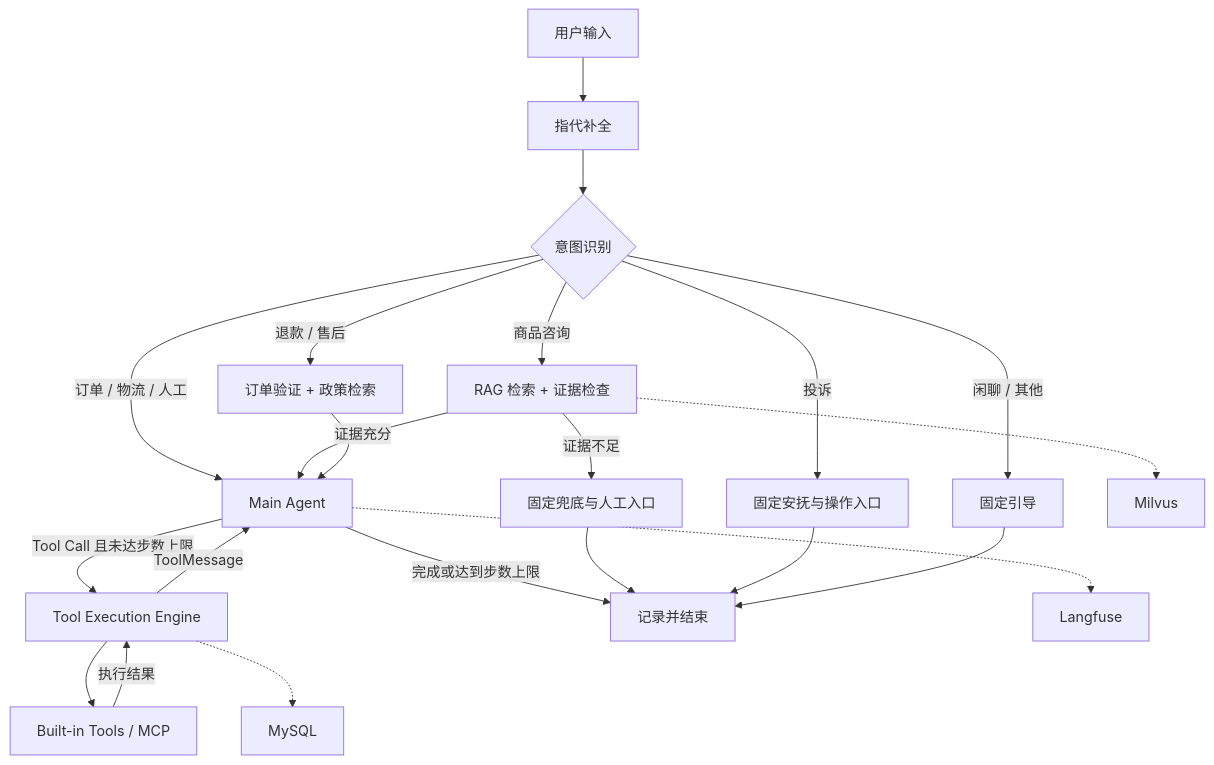
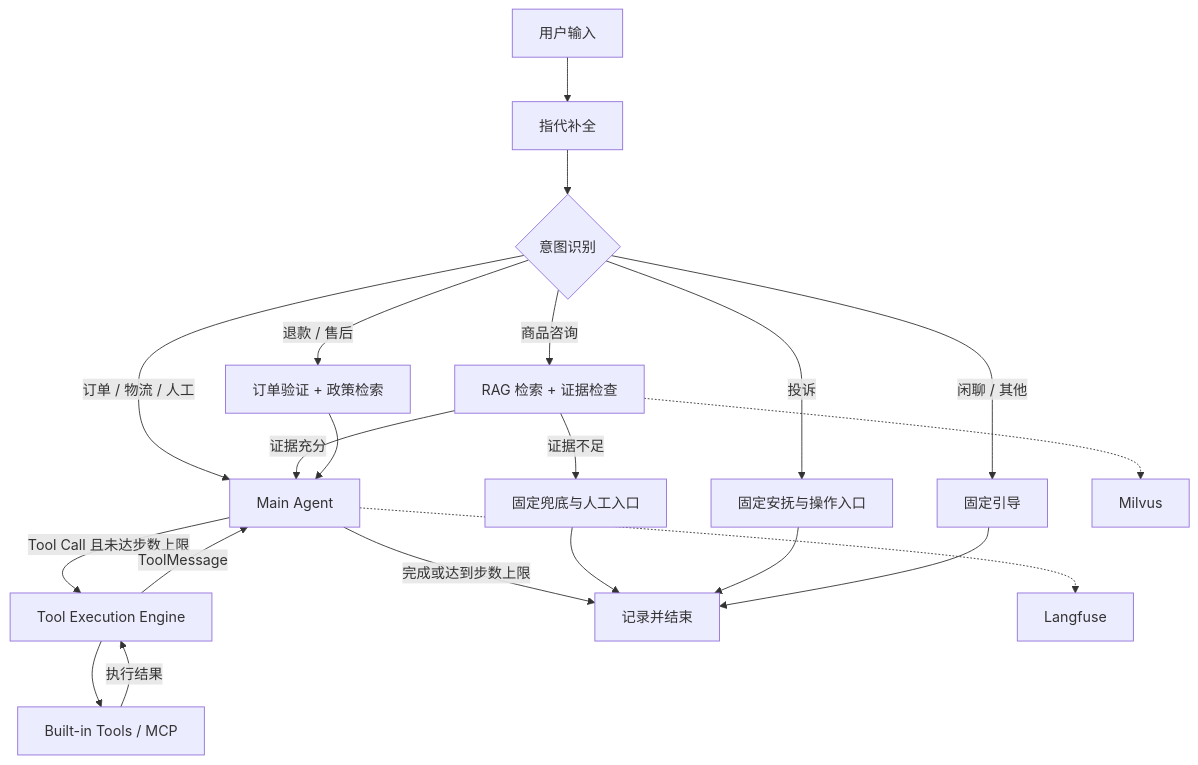
Before and after one commit to Orange-ui0811/caremate: the diagram in README.md, drawn with Mermaid.

````diff
--- a/README.md
+++ b/README.md
@@ -31,27 +31,26 @@
 ```mermaid
 flowchart TD
     U["用户输入"] --> C["指代补全"] --> I{"意图识别"}
 
     I -->|商品咨询| K["RAG 检索 + 证据检查"]
     I -->|退款 / 售后| P["订单验证 + 政策检索"]
     I -->|订单 / 物流 / 人工| A["Main Agent"]
     I -->|投诉| CR["固定安抚与操作入口"]
     I -->|闲聊 / 其他| S["固定引导"]
 
     K -->|证据充分| A
     K -->|证据不足| F["固定兜底与人工入口"]
     P --> A
 
     A -->|Tool Call 且未达步数上限| E["Tool Execution Engine"]
     E -->|ToolMessage| A
     E --> T["Built-in Tools / MCP"]
     T -->|执行结果| E
     A -->|完成或达到步数上限| O["记录并结束"]
     F --> O
     CR --> O
     S --> O
 
     K -.-> V["Milvus"]
-    E -.-> DB["MySQL"]
     A -.-> LF["Langfuse"]
 ```
````
